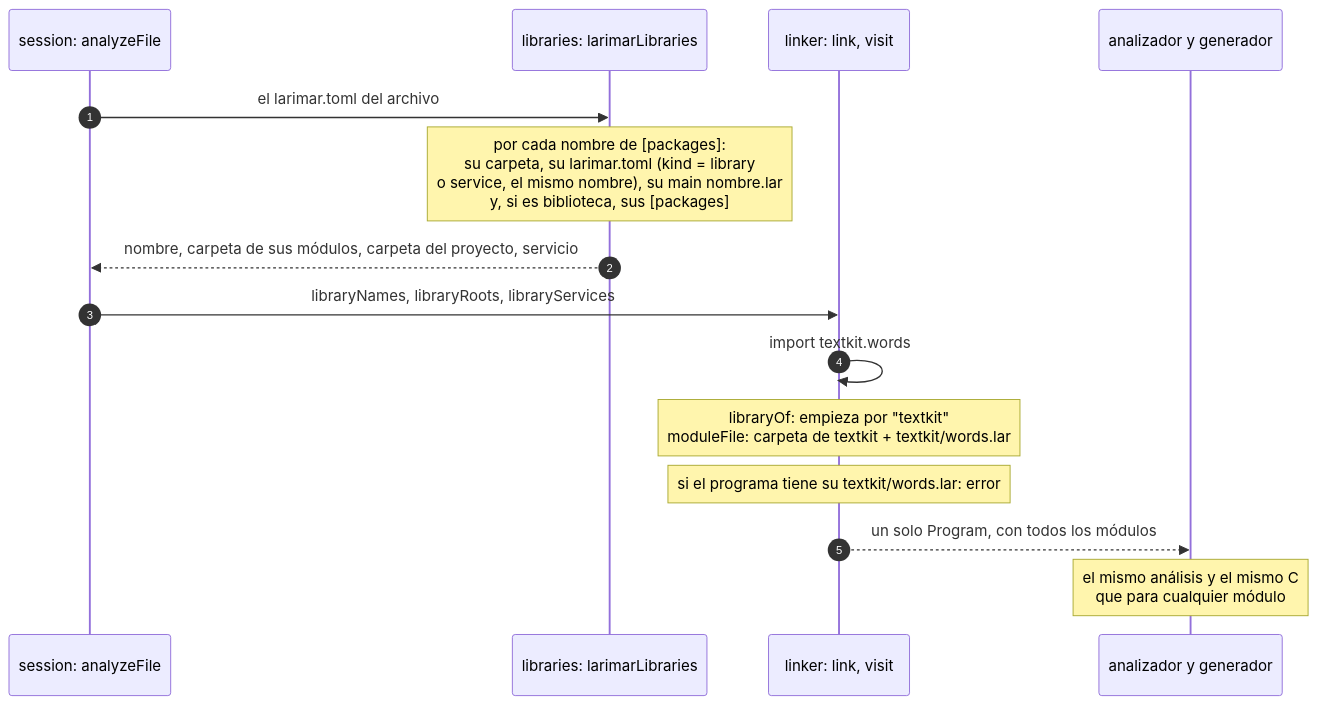
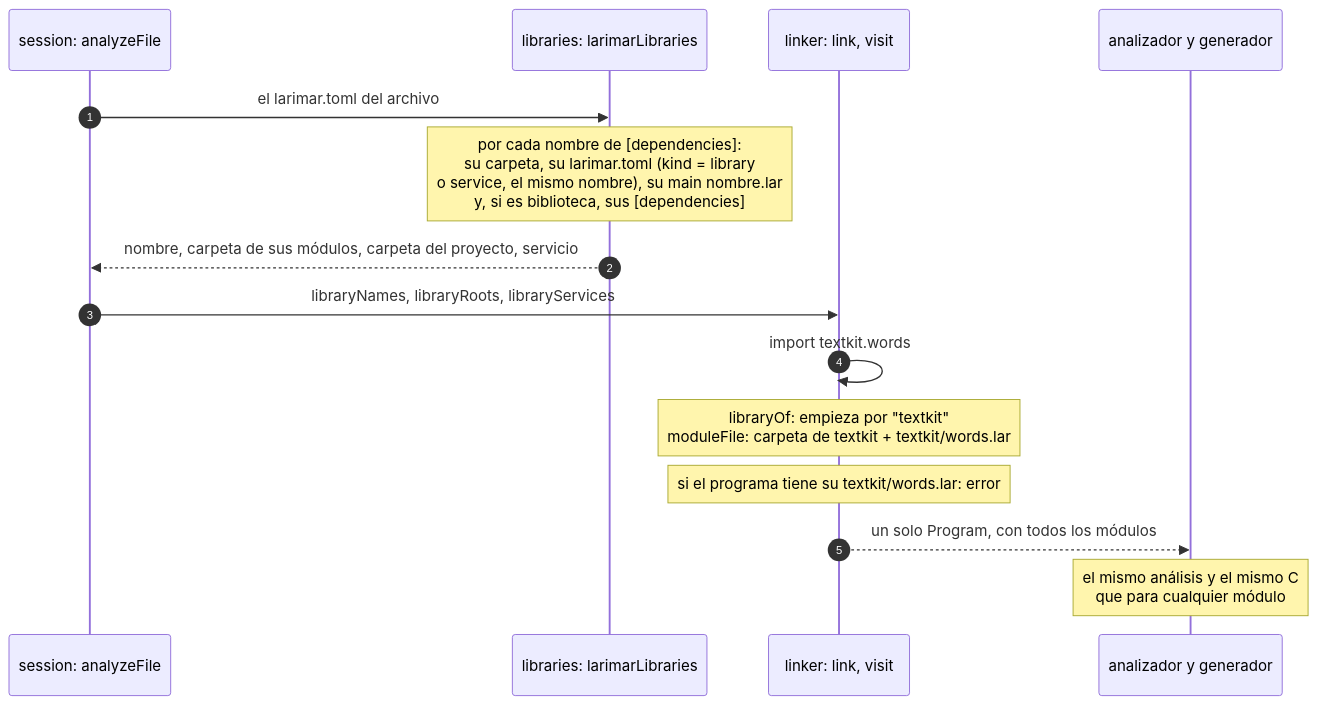
Before and after one commit to zerh/larimar: the second of 7 diagrams in docs/compiler-libraries.es.md, drawn with Mermaid. The commit also changed other lines of this file and 102 other files, not shown here.

````diff
--- a/docs/compiler-libraries.es.md
+++ b/docs/compiler-libraries.es.md
@@ -79,18 +81,18 @@
 ```mermaid
 sequenceDiagram
     autonumber
     participant S as session: analyzeFile
     participant L as libraries: larimarLibraries
     participant K as linker: link, visit
     participant A as analizador y generador
 
     S->>L: el larimar.toml del archivo
-    Note over L: por cada nombre de [packages]:<br/>su carpeta, su larimar.toml (kind = library<br/>o service, el mismo nombre), su main nombre.lar<br/>y, si es biblioteca, sus [packages]
+    Note over L: por cada nombre de [dependencies]:<br/>su carpeta, su larimar.toml (kind = library<br/>o service, el mismo nombre), su main nombre.lar<br/>y, si es biblioteca, sus [dependencies]
     L-->>S: nombre, carpeta de sus módulos, carpeta del proyecto, servicio
     S->>K: libraryNames, libraryRoots, libraryServices
     K->>K: import textkit.words
     Note over K: libraryOf: empieza por "textkit"<br/>moduleFile: carpeta de textkit + textkit/words.lar
     Note over K: si el programa tiene su textkit/words.lar: error
     K-->>A: un solo Program, con todos los módulos
     Note over A: el mismo análisis y el mismo C<br/>que para cualquier módulo
 ```
````
